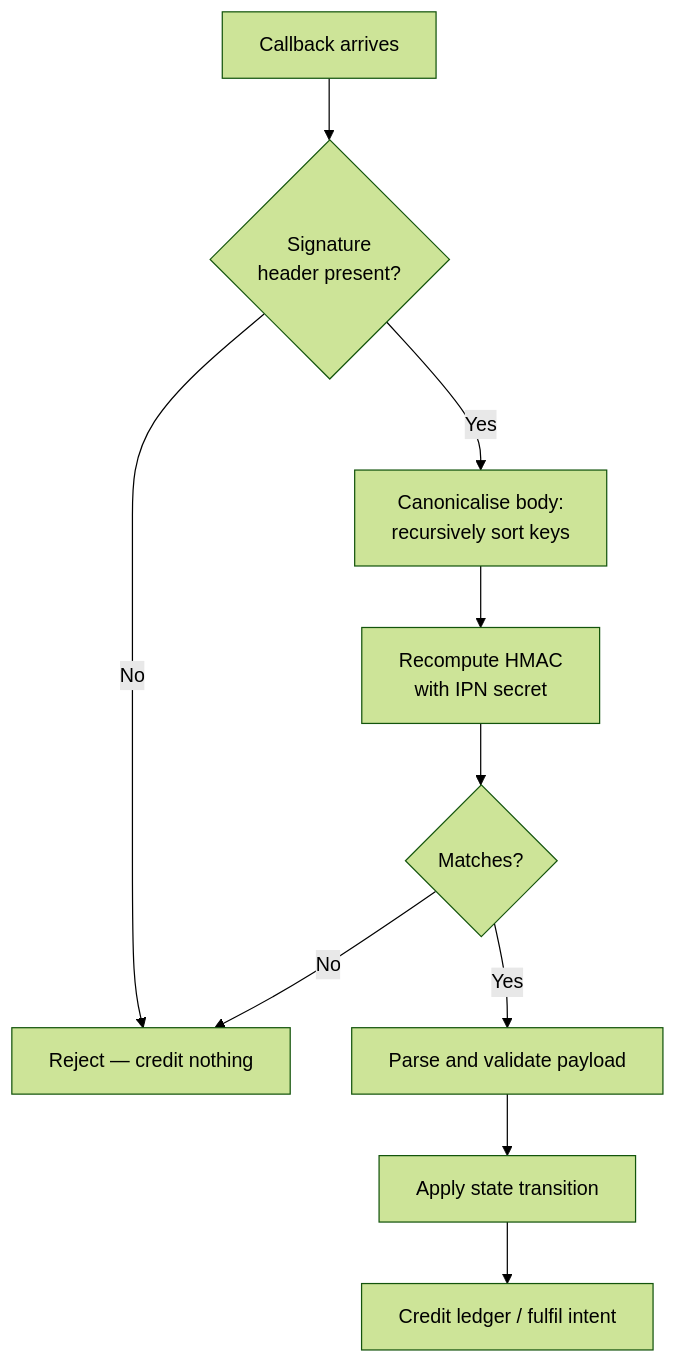
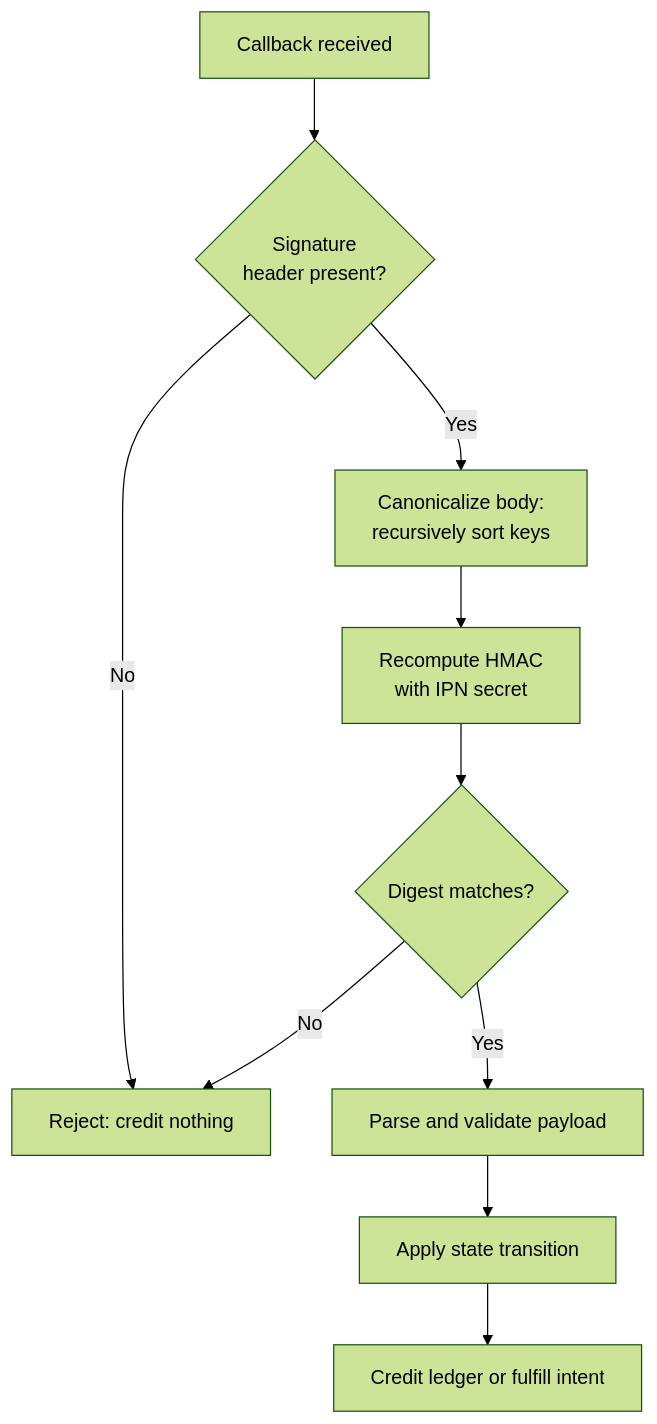
The diagram in developers/webhooks.mdx (rempprandy/docs), drawn with Mermaid (forest theme) before and after one commit. The commit also changed other lines of this file and 37 other files, not shown here.

````diff
--- a/developers/webhooks.mdx
+++ b/developers/webhooks.mdx
@@ -15,12 +16,12 @@
 ```mermaid
 flowchart TB
-    A[Callback arrives] --> B{Signature<br/>header present?}
-    B -->|No| R[Reject — credit nothing]
-    B -->|Yes| C[Canonicalise body:<br/>recursively sort keys]
+    A[Callback received] --> B{Signature<br/>header present?}
+    B -->|No| R[Reject: credit nothing]
+    B -->|Yes| C[Canonicalize body:<br/>recursively sort keys]
     C --> D[Recompute HMAC<br/>with IPN secret]
-    D --> E{Matches?}
+    D --> E{Digest matches?}
     E -->|No| R
     E -->|Yes| F[Parse and validate payload]
     F --> G[Apply state transition]
-    G --> H[Credit ledger / fulfil intent]
+    G --> H[Credit ledger or fulfill intent]
 ```
````
